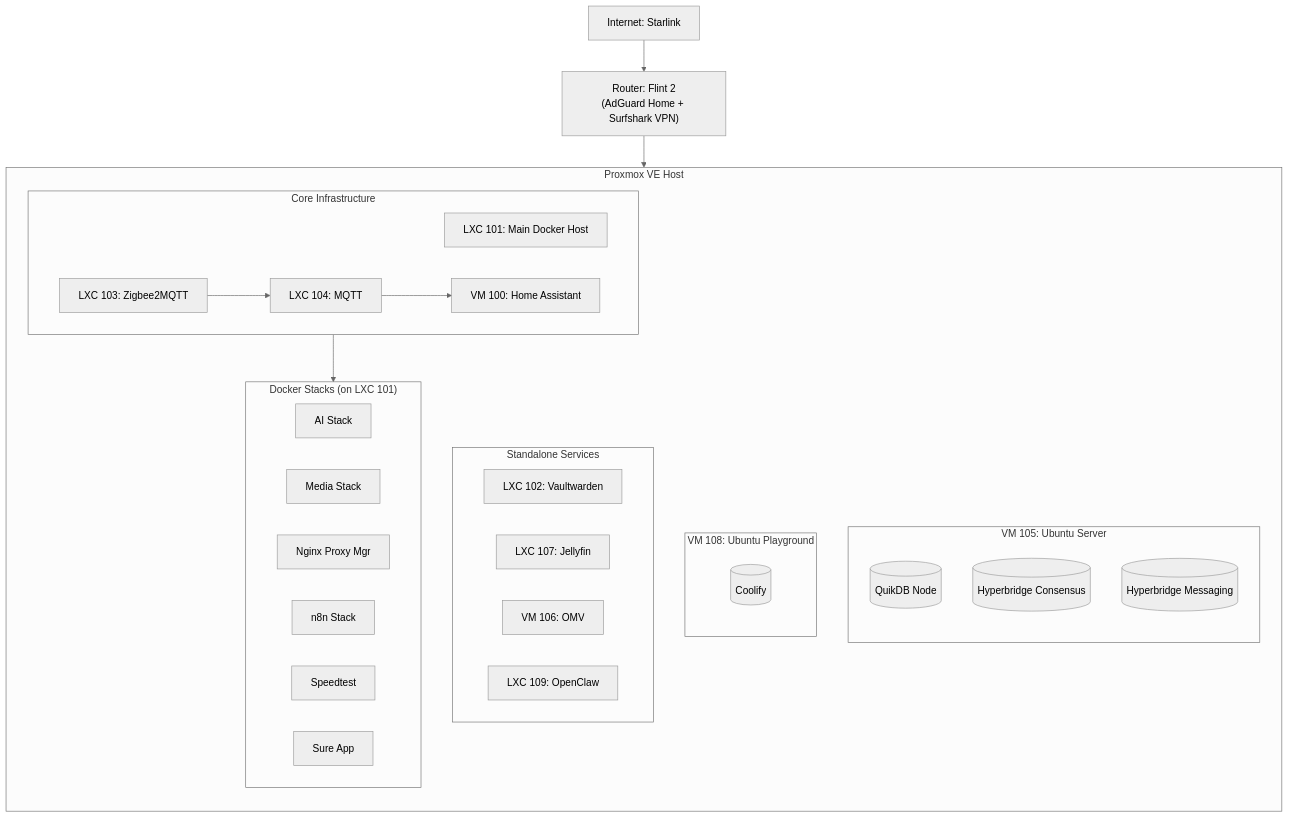
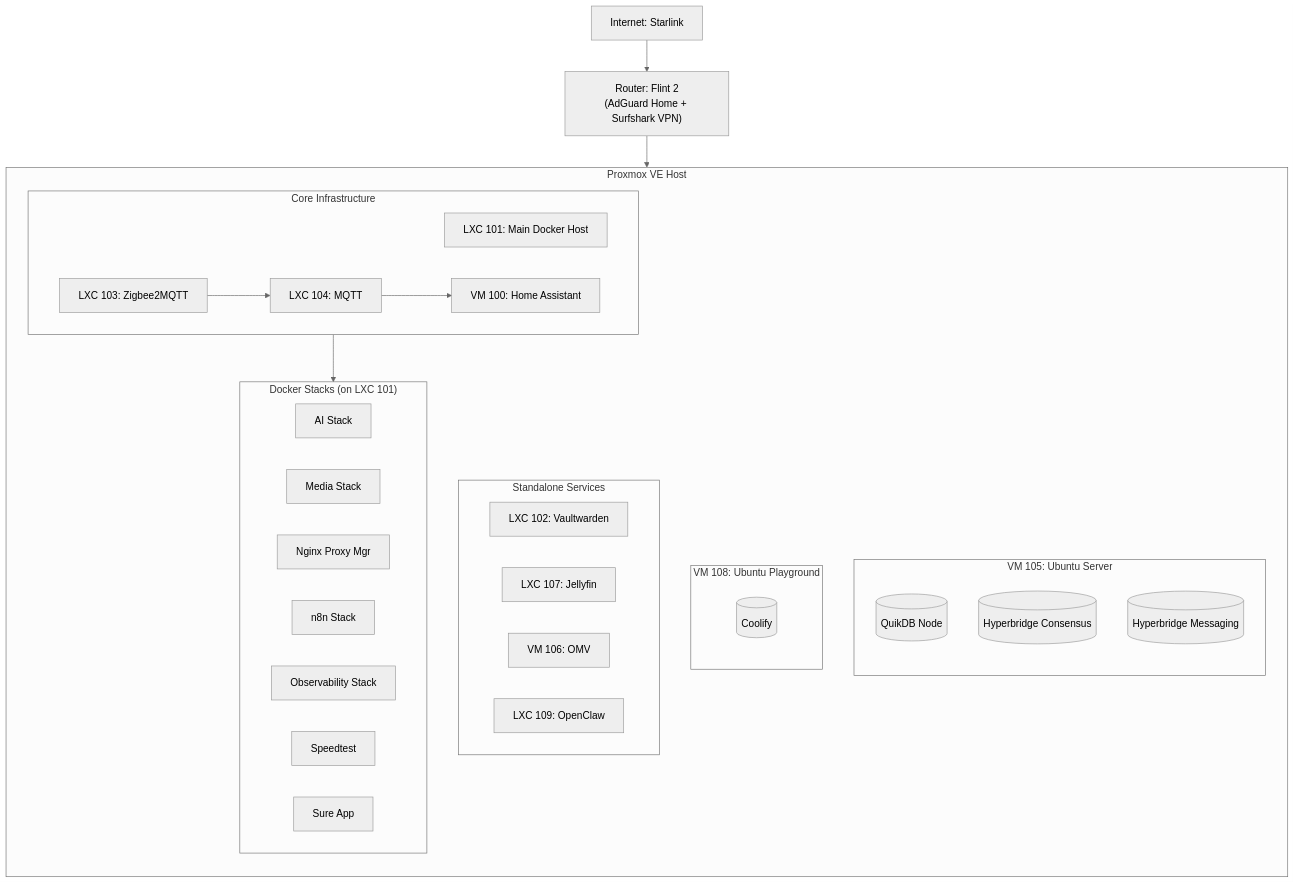
Before and after one commit to LifeofDan-EL/homelab: the diagram in README.md, drawn with Mermaid (neutral theme). The commit also changed other lines of this file and 2 other files, not shown here.

Commit message:
Add observability stack and remove uptime-kuma from n8n stack

````diff
--- a/README.md
+++ b/README.md
@@ -41,56 +41,57 @@
 ```mermaid
 graph TD
     Internet["Internet: Starlink"] --> Router["Router: Flint 2<br/>(AdGuard Home + Surfshark VPN)"]
 
     subgraph Proxmox_Node ["Proxmox VE Host"]
         direction TB
 
         %% Core Infrastructure
         subgraph Core_Infra ["Core Infrastructure"]
             direction LR
             LXC_Docker["LXC 101: Main Docker Host"]
             VM_HA["VM 100: Home Assistant"]
             LXC_MQTT["LXC 104: MQTT"]
             LXC_Z2M["LXC 103: Zigbee2MQTT"]
         end
 
         %% Secondary Docker Host (Ubuntu VM)
         subgraph VM_Ubuntu ["VM 105: Ubuntu Server"]
             direction TB
             Container_QuikDB[("QuikDB Node")]
             Container_Consensus[("Hyperbridge Consensus")]
             Container_Messaging[("Hyperbridge Messaging")]
         end
 
         %% NEW: Coolify Host
         subgraph VM_Coolify ["VM 108: Ubuntu Playground"]
              direction TB
              App_Coolify[("Coolify")]
         end
 
         %% Standalone Services
         subgraph Standalone ["Standalone Services"]
             LXC_Vault["LXC 102: Vaultwarden"]
             LXC_Jelly["LXC 107: Jellyfin"]
             VM_OMV["VM 106: OMV"]
             LXC_Clawdbot["LXC 109: OpenClaw"]
         end
 
         %% Main Docker Stacks
         subgraph Docker_Stacks ["Docker Stacks (on LXC 101)"]
             Stack_AI["AI Stack"]
             Stack_Media["Media Stack"]
             Stack_NPM["Nginx Proxy Mgr"]
             Stack_Solar["n8n Stack"]
+            Stack_Observability["Observability Stack"]
             Stack_Speed["Speedtest"]
             Stack_Sure["Sure App"]
         end
 
         %% Connections
         LXC_Docker --> Docker_Stacks
         LXC_Z2M --> LXC_MQTT
         LXC_MQTT --> VM_HA
     end
 
     Router --> Proxmox_Node
 ```
````
